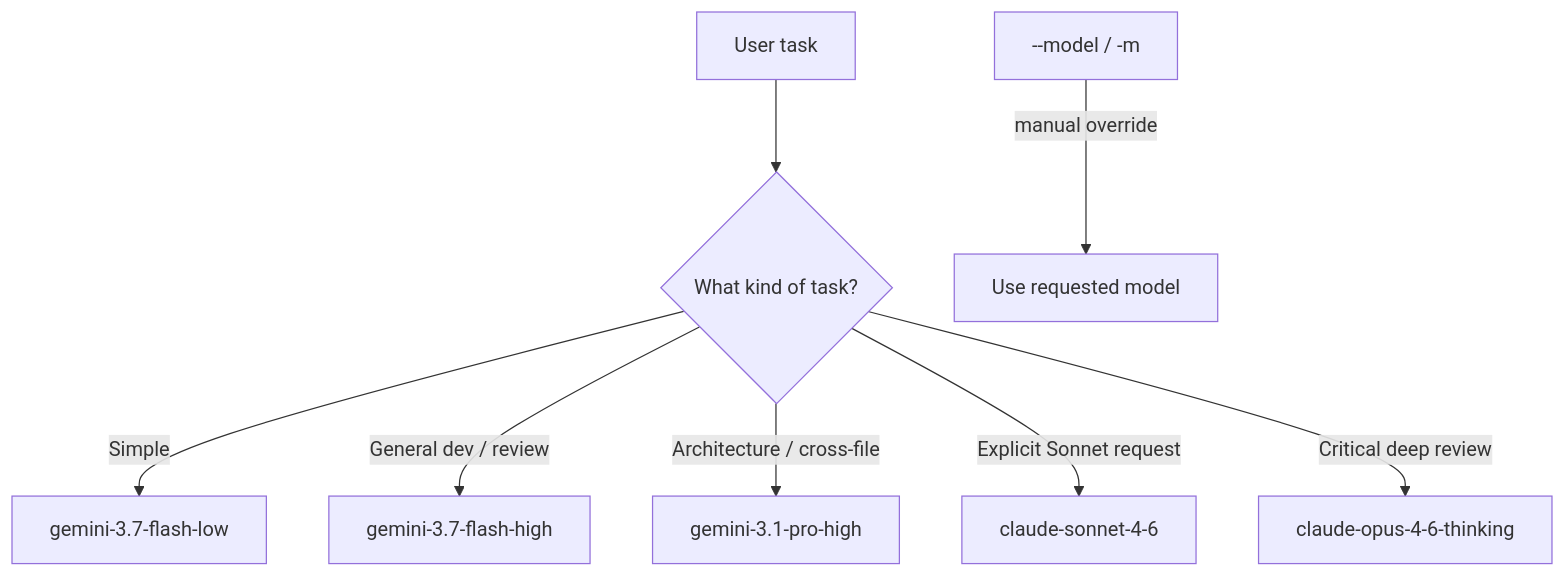
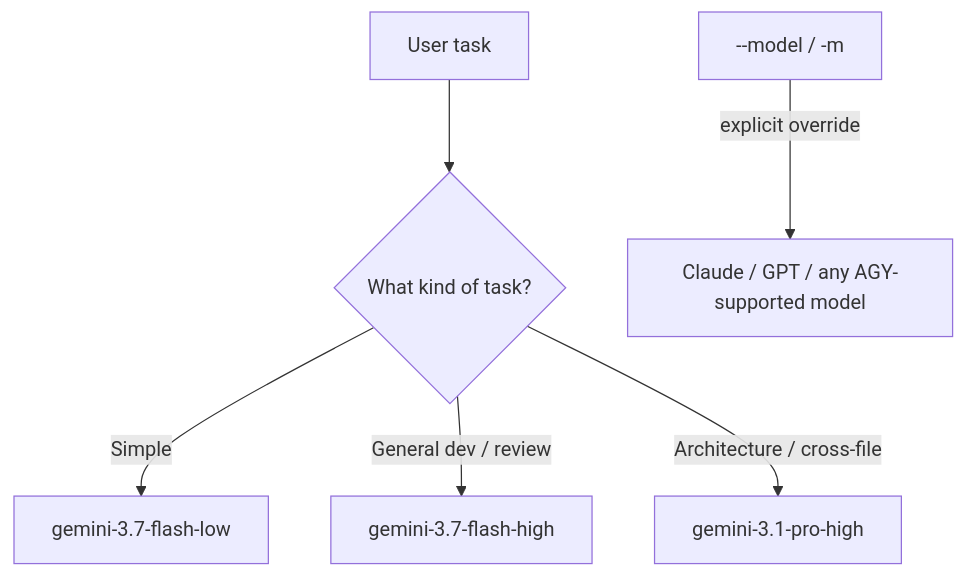
One commit to qiufeng662/AgySafe changed the second of 3 diagrams in README.md. Above: the diagram before and after it, drawn with Mermaid. The commit also changed other lines of this file and 16 other files, not shown here.

````diff
--- a/README.md
+++ b/README.md
@@ -209,10 +209,8 @@
 ```mermaid
 flowchart TD
     T["User task"] --> D{"What kind of task?"}
     D -->|Simple| L["gemini-3.7-flash-low"]
     D -->|General dev / review| H["gemini-3.7-flash-high"]
     D -->|Architecture / cross-file| P["gemini-3.1-pro-high"]
-    D -->|Explicit Sonnet request| S["claude-sonnet-4-6"]
-    D -->|Critical deep review| O["claude-opus-4-6-thinking"]
-    M["--model / -m"] -->|manual override| X["Use requested model"]
+    M["--model / -m"] -->|explicit override| X["Claude / GPT / any AGY-supported model"]
 ```
````
